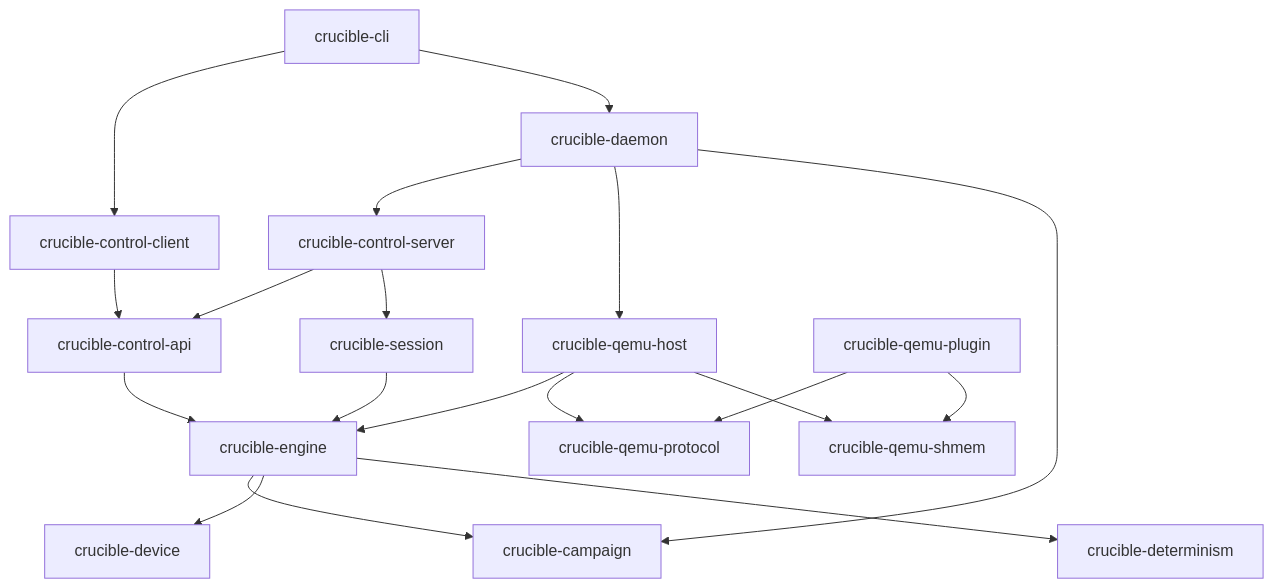
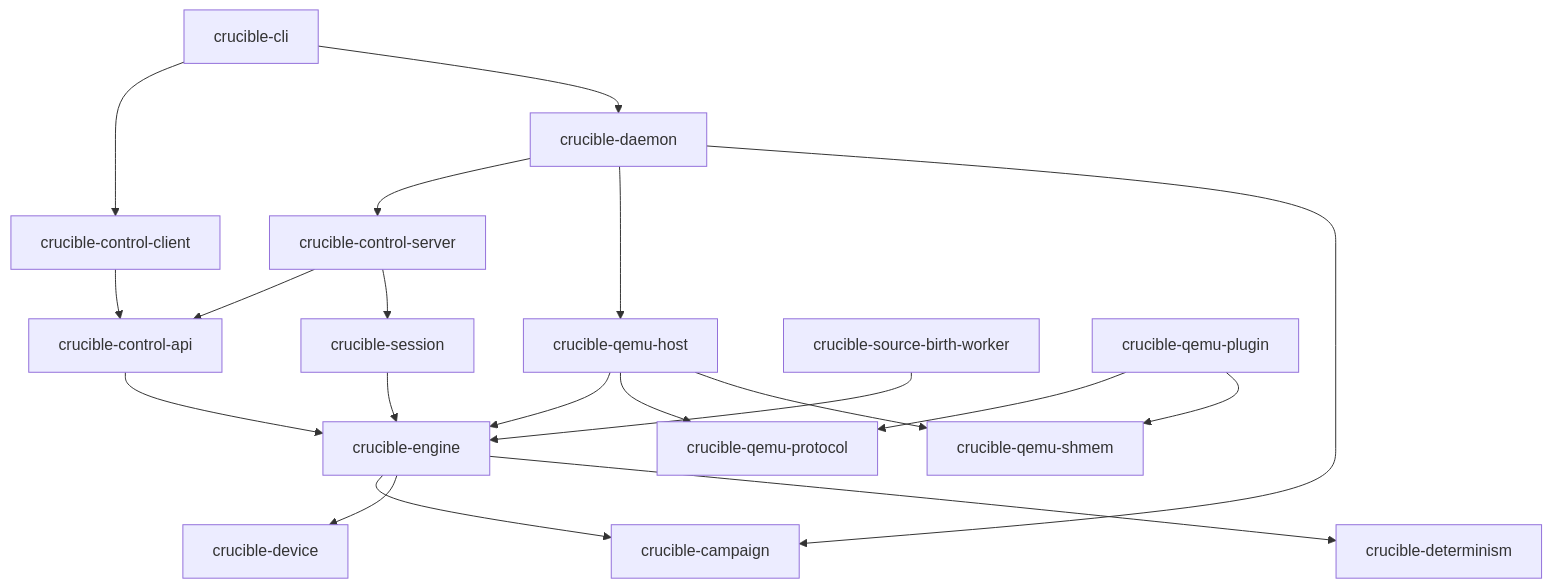
The diagram in docs/rfcs/0010-crucible/27-crate-structure.md (andyl-technologies/aos), drawn with Mermaid before and after one commit. The commit also changed other lines of this file and 84 other files, not shown here.

First line of the commit message:
Add a private source-birth worker and Linux containment

````diff
--- a/docs/rfcs/0010-crucible/27-crate-structure.md
+++ b/docs/rfcs/0010-crucible/27-crate-structure.md
@@ -105,21 +107,22 @@
 ```mermaid
 graph TD
   cli[crucible-cli] --> client[crucible-control-client]
   cli --> daemon[crucible-daemon]
   daemon --> server[crucible-control-server]
   daemon --> host[crucible-qemu-host]
   daemon --> campaign[crucible-campaign]
   server --> api[crucible-control-api]
   client --> api
   server --> session[crucible-session]
   session --> engine[crucible-engine]
+  worker[crucible-source-birth-worker] --> engine
   api --> engine
   host --> engine
   engine --> campaign
   engine --> device[crucible-device]
   engine --> determinism[crucible-determinism]
   host --> protocol[crucible-qemu-protocol]
   host --> shmem[crucible-qemu-shmem]
   plugin[crucible-qemu-plugin] --> protocol
   plugin --> shmem
 ```
````
